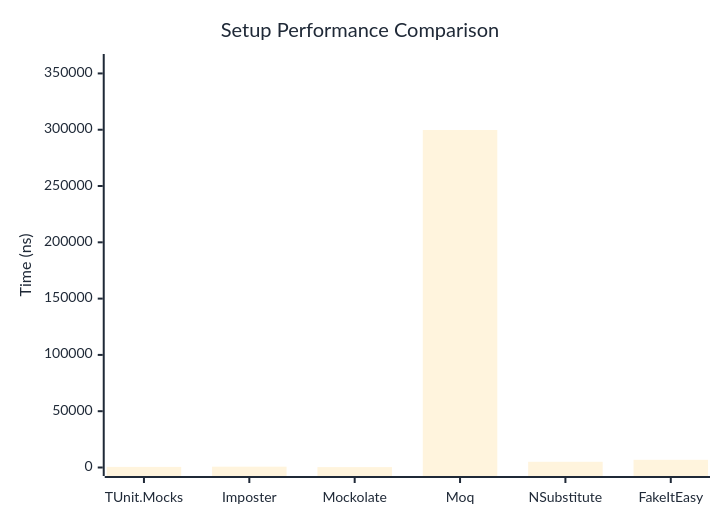
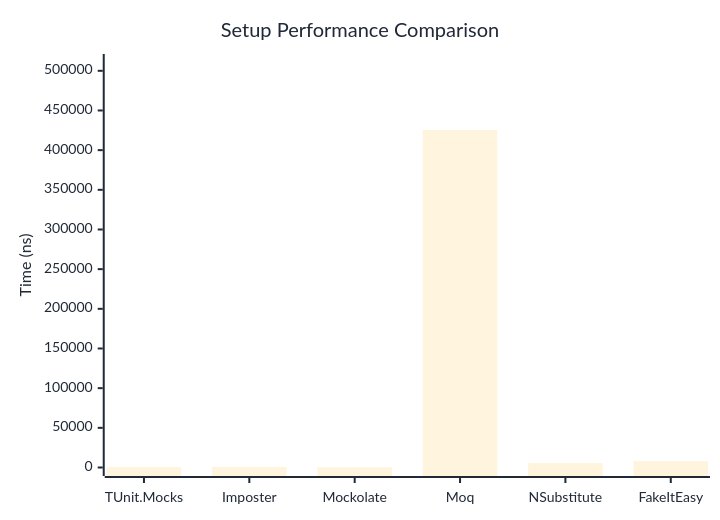
The first of 2 diagrams in docs/docs/benchmarks/mocks/Setup.md (thomhurst/TUnit), drawn with Mermaid before and after one commit. The commit also changed other lines of this file and 14 other files, not shown here.

````diff
--- a/docs/docs/benchmarks/mocks/Setup.md
+++ b/docs/docs/benchmarks/mocks/Setup.md
@@ -30,27 +30,27 @@
 ```mermaid
 %%{init: {
   'theme':'base',
   'themeVariables': {
     'primaryColor': '#2563eb',
     'primaryTextColor': '#1f2937',
     'primaryBorderColor': '#1e40af',
     'lineColor': '#6b7280',
     'secondaryColor': '#7c3aed',
     'tertiaryColor': '#dc2626',
     'background': '#ffffff',
     'pie1': '#2563eb',
     'pie2': '#7c3aed',
     'pie3': '#dc2626',
     'pie4': '#f59e0b',
     'pie5': '#10b981',
     'pie6': '#06b6d4',
     'pie7': '#ec4899',
     'pie8': '#6366f1'
   }
 }}%%
 xychart-beta
   title "Setup Performance Comparison"
   x-axis ["TUnit.Mocks", "Imposter", "Mockolate", "Moq", "NSubstitute", "FakeItEasy"]
-  y-axis "Time (ns)" 0 --> 359711
-  bar [531, 735.5, 346.6, 299758.5, 5060.3, 6822.2]
+  y-axis "Time (ns)" 0 --> 510465
+  bar [504.2, 768.6, 329.3, 425387.1, 5638.5, 7974.2]
 ```
````
